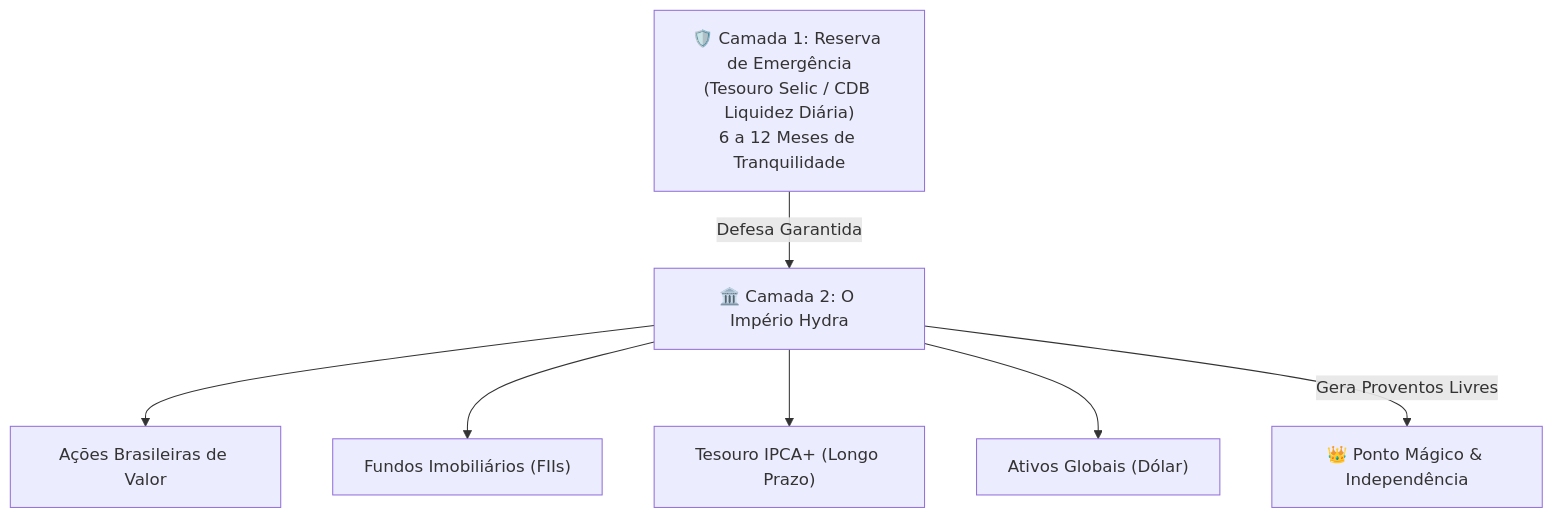
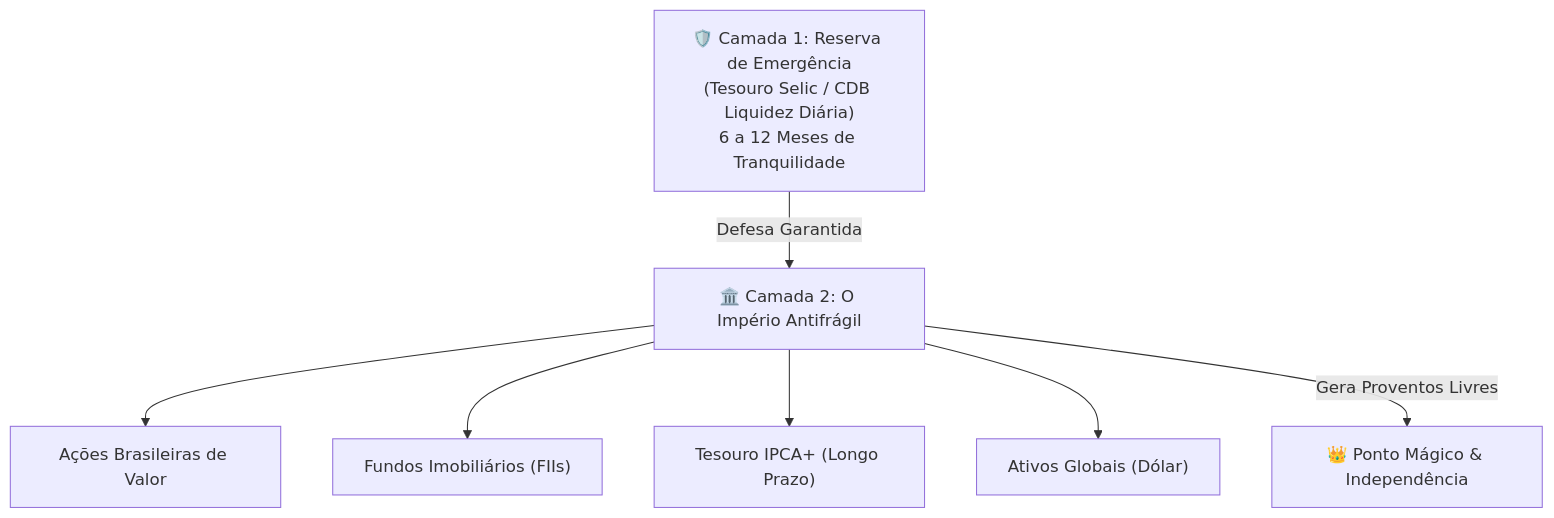
Before and after one commit to Rickss100/Davi-Hidra: the diagram in src/data/academy/lessons/modulo-3/aula-3-1.md, drawn with Mermaid. The commit also changed 22 other files, not shown here.

````diff
--- a/src/data/academy/lessons/modulo-3/aula-3-1.md
+++ b/src/data/academy/lessons/modulo-3/aula-3-1.md
@@ -81,13 +81,13 @@
 ```mermaid
 flowchart TD
     Emergencia["🛡️ Camada 1: Reserva de Emergência<br/>(Tesouro Selic / CDB Liquidez Diária)<br/>6 a 12 Meses de Tranquilidade"]
     
-    Emergencia -->|Defesa Garantida| Investimentos["🏛️ Camada 2: O Império Hydra"]
+    Emergencia -->|Defesa Garantida| Investimentos["🏛️ Camada 2: O Império Antifrágil"]
     
     Investimentos --> T1["Ações Brasileiras de Valor"]
     Investimentos --> T2["Fundos Imobiliários (FIIs)"]
     Investimentos --> T3["Tesouro IPCA+ (Longo Prazo)"]
     Investimentos --> T4["Ativos Globais (Dólar)"]
 
     Investimentos -->|Gera Proventos Livres| PontoMagico["👑 Ponto Mágico & Independência"]
 ```
````
